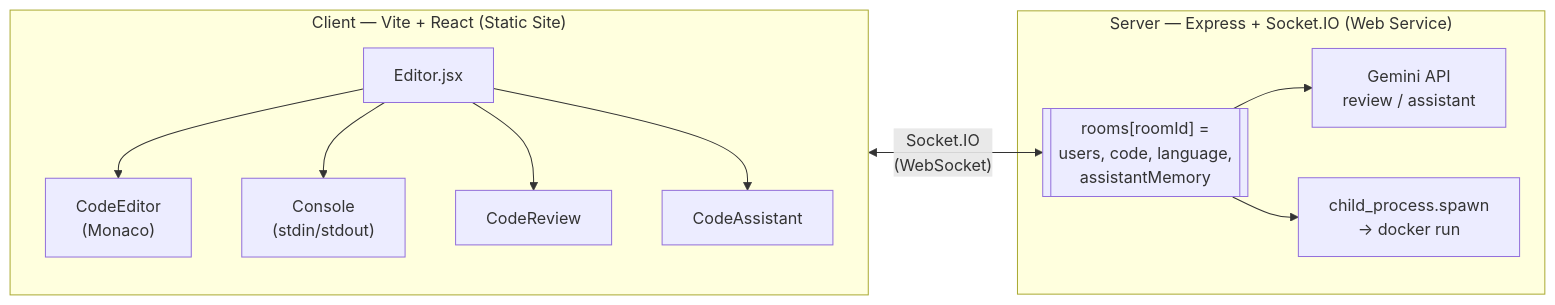
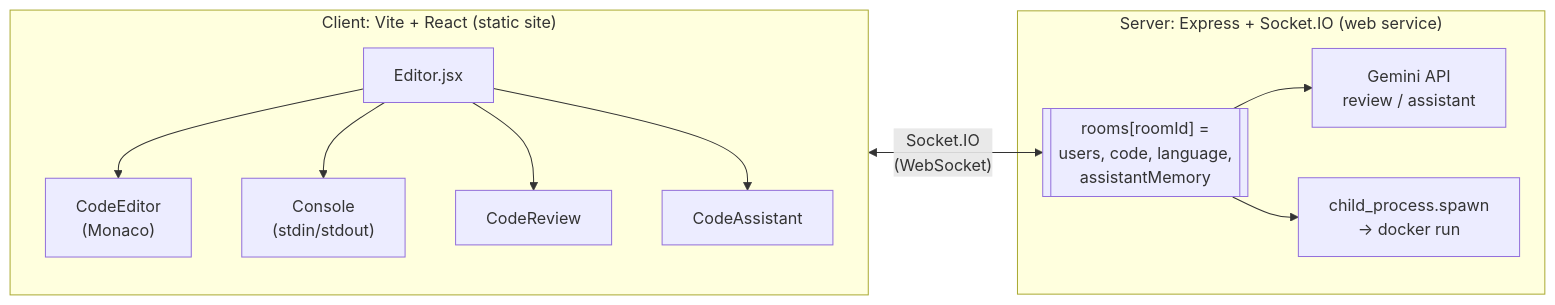
The diagram in Readme.md (ankitsingathia/codetogether), drawn with Mermaid before and after one commit. The commit also changed other lines of this file, not shown here.

````diff
--- a/Readme.md
+++ b/Readme.md
@@ -19,21 +19,21 @@
 ```mermaid
 flowchart LR
-    subgraph Client["Client — Vite + React (Static Site)"]
+    subgraph Client["Client: Vite + React (static site)"]
         Editor["Editor.jsx"]
         CodeEditor["CodeEditor\n(Monaco)"]
         Console["Console\n(stdin/stdout)"]
         CodeReview["CodeReview"]
         CodeAssistant["CodeAssistant"]
         Editor --> CodeEditor & Console & CodeReview & CodeAssistant
     end
 
-    subgraph Server["Server — Express + Socket.IO (Web Service)"]
+    subgraph Server["Server: Express + Socket.IO (web service)"]
         Rooms[["rooms[roomId] =\nusers, code, language,\nassistantMemory"]]
         Gemini["Gemini API\nreview / assistant"]
         Docker["child_process.spawn\n→ docker run"]
         Rooms --> Gemini
         Rooms --> Docker
     end
 
     Client <-->|"Socket.IO\n(WebSocket)"| Rooms
 ```
````
